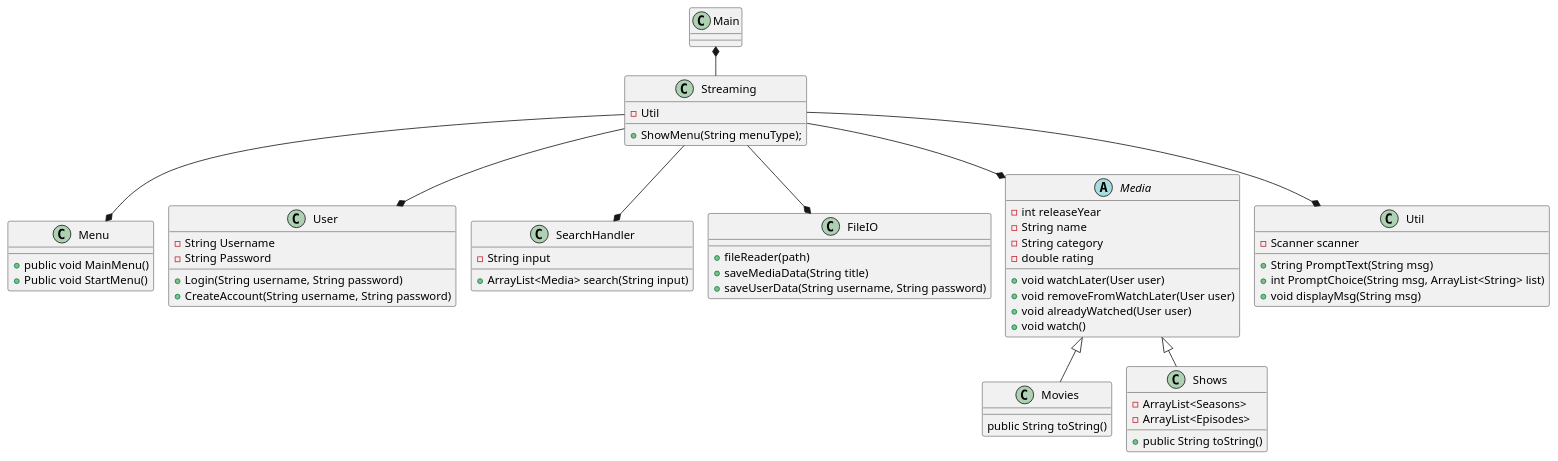
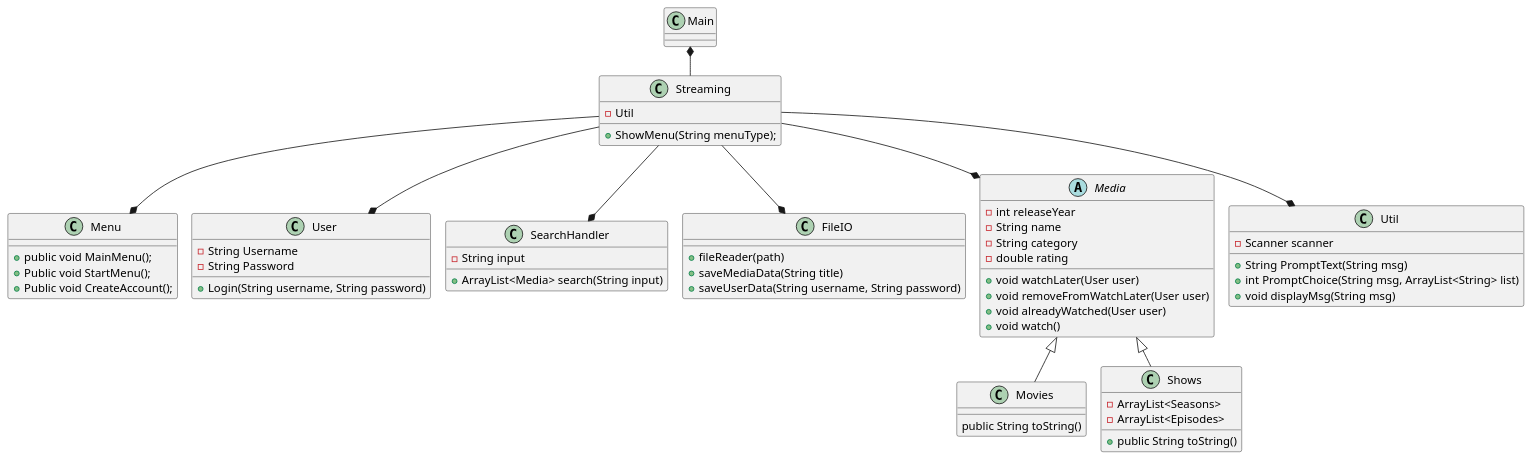
The diagram in Docs/ClassDiagram.puml (ValdemarLarsen02/SP3GruppeD), drawn with PlantUML before and after one commit.

```diff
--- a/Docs/ClassDiagram.puml
+++ b/Docs/ClassDiagram.puml
@@ -1,77 +1,78 @@
 @startuml
 !pragma layout smetana
 
 Class Main{
 }
 
 Class Menu{
- + public void MainMenu()
- + Public void StartMenu()
+ + public void MainMenu();
+ + Public void StartMenu();
+ + Public void CreateAccount();
 }
 
 
 
 Class Streaming {
     -Util
     + ShowMenu(String menuType);
 }
 
 Class User{
 - String Username
 - String Password
 + Login(String username, String password)
-+ CreateAccount(String username, String password)
 }
 
 Class SearchHandler {
 - String input
 + ArrayList<Media> search(String input)
+
 }
 
 Class FileIO{
 + fileReader(path)
 + saveMediaData(String title)
 + saveUserData(String username, String password)
 }
 
 Abstract Media{
 - int releaseYear
 - String name
 - String category
 - double rating
 + void watchLater(User user)
 + void removeFromWatchLater(User user)
 + void alreadyWatched(User user)
 + void watch()
 }
 
 Class Util{
 - Scanner scanner
 + String PromptText(String msg)
 + int PromptChoice(String msg, ArrayList<String> list)
 + void displayMsg(String msg)
 }
 
 Class Movies{
 public String toString()
 }
 
 Class Shows{
 - ArrayList<Seasons>
 - ArrayList<Episodes>
 + public String toString()
 }
 
 Main *-- Streaming
 Streaming--* User
 Streaming --* FileIO
 Streaming --* Menu
 Streaming --* Media
 Media <|-- Movies
 Media <|-- Shows
 Streaming --* SearchHandler
 Streaming --* Util
 
 
 
 @enduml
```
